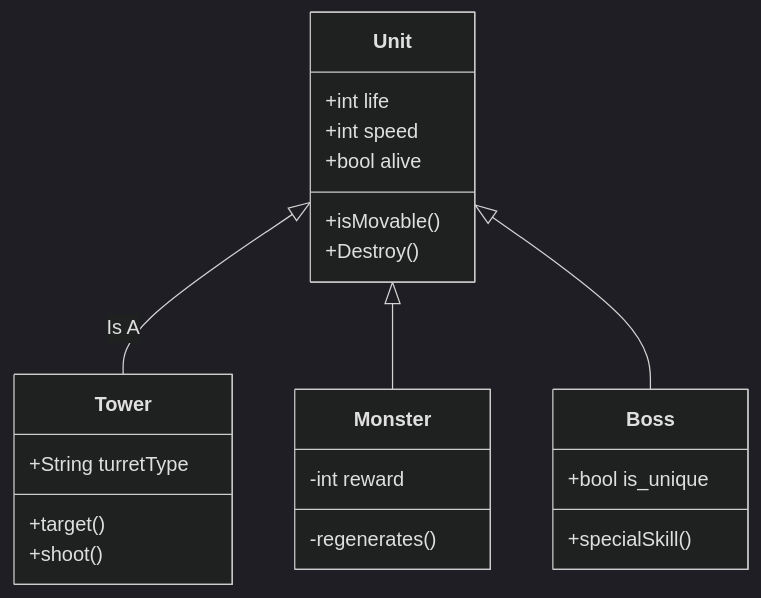
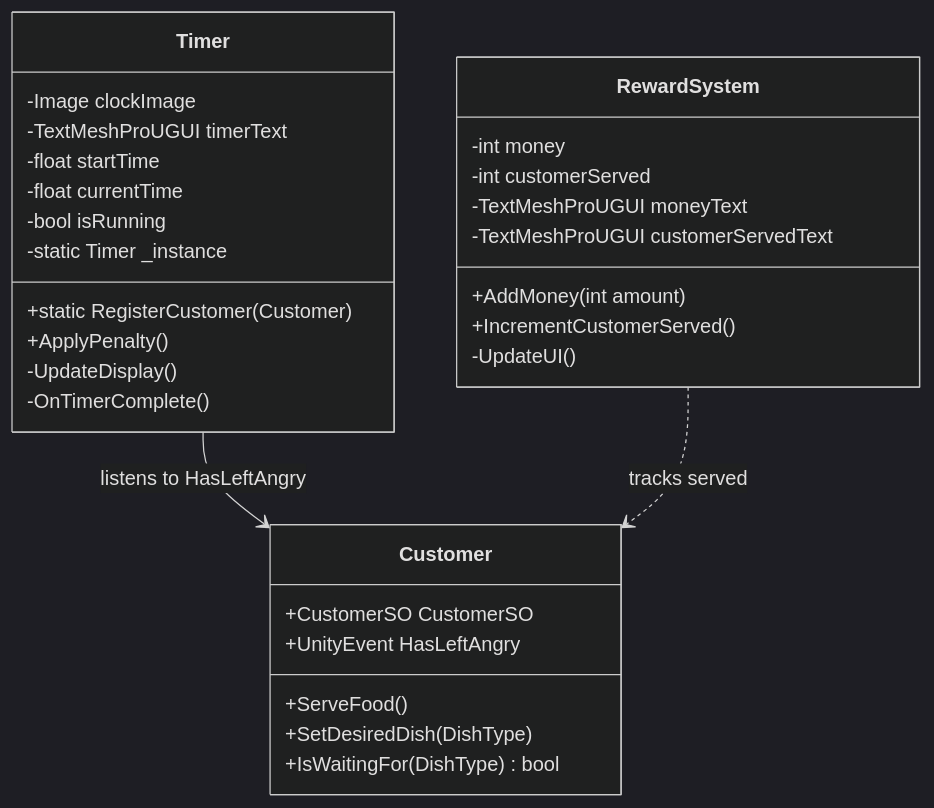
One commit to TheGingino/AlienDiner changed the fourth of 4 diagrams in README.md. Above: the diagram before and after it, drawn with Mermaid (dark theme). The commit also changed other lines of this file, not shown here.

First line of the commit message:
Update README with contributors and flowcharts

````diff
--- a/README.md
+++ b/README.md
@@ -63,25 +143,36 @@
 ```mermaid
 classDiagram
+    class RewardSystem {
+        -int money
+        -int customerServed
+        -TextMeshProUGUI moneyText
+        -TextMeshProUGUI customerServedText
+        +AddMoney(int amount)
+        +IncrementCustomerServed()
+        -UpdateUI()
+    }
 
-Unit <|-- Tower:Is A
-Unit <|-- Monster
-Unit <|-- Boss
-Unit : +int life
-Unit : +int speed
-Unit : +bool alive
-Unit: +isMovable()
-Unit: +Destroy()
-class Tower{
-+String turretType
-+target()
-+shoot()
-}
-class Monster{
--int reward
--regenerates()
-}
-class Boss{
-+bool is_unique
-+specialSkill()
-}
+    class Timer {
+        -Image clockImage
+        -TextMeshProUGUI timerText
+        -float startTime
+        -float currentTime
+        -bool isRunning
+        -static Timer _instance
+        +static RegisterCustomer(Customer)
+        +ApplyPenalty()
+        -UpdateDisplay()
+        -OnTimerComplete()
+    }
+
+    class Customer {
+        +CustomerSO CustomerSO
+        +UnityEvent HasLeftAngry
+        +ServeFood()
+        +SetDesiredDish(DishType)
+        +IsWaitingFor(DishType) bool
+    }
+
+    Timer --> Customer : listens to HasLeftAngry
+    RewardSystem ..> Customer : tracks served
 ```
````
